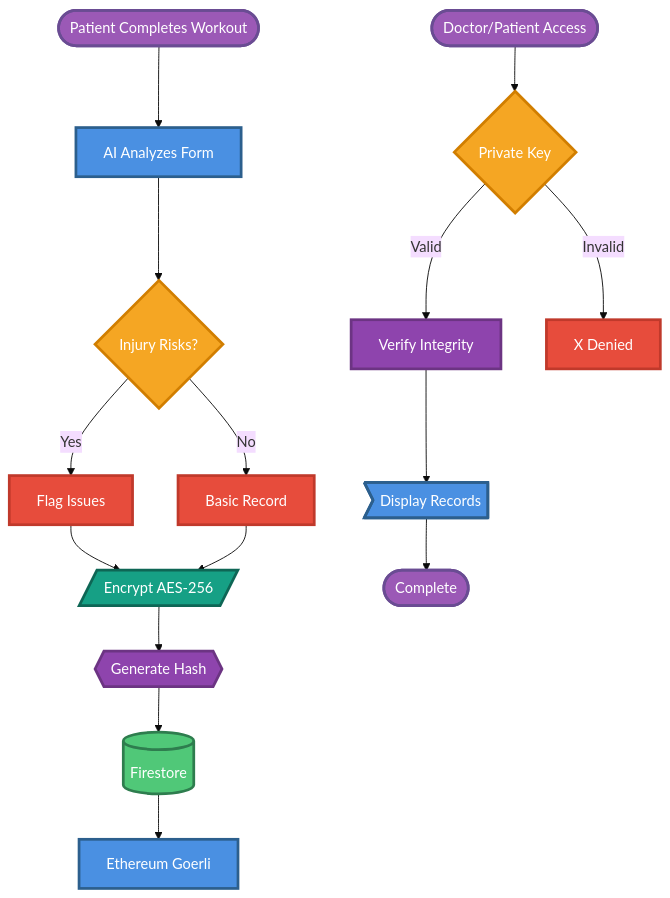
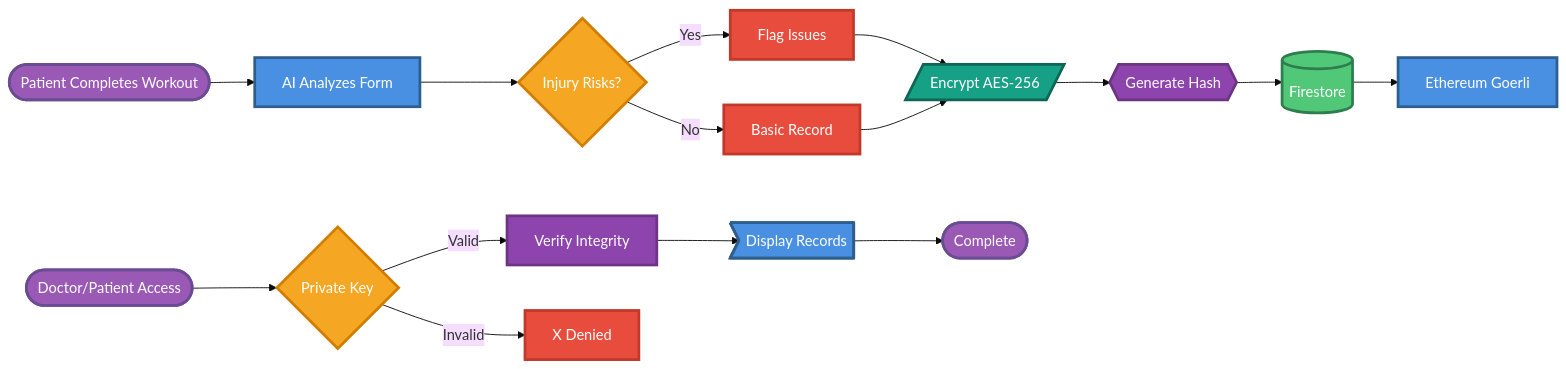
One commit to majidsafwaan2/gymguard changed the diagram in BLOCKCHAIN_FLOWCHART_WIDE.md. Above: the diagram before and after it, drawn with Mermaid (base theme).

Commit message:
Change to LR layout for wider, less vertical flowchart

````diff
--- a/BLOCKCHAIN_FLOWCHART_WIDE.md
+++ b/BLOCKCHAIN_FLOWCHART_WIDE.md
@@ -3,36 +3,36 @@
 ```mermaid
-flowchart TD
+flowchart LR
     Start([Patient Completes Workout]) --> AI[AI Analyzes Form]
     AI --> Risk{Injury Risks?}
     Risk -->|Yes| FlagRisks[Flag Issues]
     Risk -->|No| Basic[Basic Record]
     FlagRisks --> Encrypt[/Encrypt AES-256/]
     Basic --> Encrypt
     Encrypt --> Hash{{Generate Hash}}
     Hash --> Store[(Firestore)]
     Store --> BC[Ethereum Goerli]
     
     AccessStart([Doctor/Patient Access]) --> Auth{Private Key}
     Auth -->|Valid| Verify[Verify Integrity]
     Auth -->|Invalid| Deny[X Denied]
     Verify --> Display>Display Records]
     Display --> End([Complete])
     
     %% Styling with varied colors
     classDef main fill:#4A90E2,stroke:#2C5F8D,stroke-width:3px,color:#fff
     classDef decision fill:#F5A623,stroke:#D17E00,stroke-width:3px,color:#fff
     classDef store fill:#50C878,stroke:#2E7D4E,stroke-width:3px,color:#fff
     classDef start fill:#9B59B6,stroke:#6A4C93,stroke-width:3px,color:#fff
     classDef highlight fill:#E74C3C,stroke:#C0392B,stroke-width:3px,color:#fff
     classDef process fill:#16A085,stroke:#0E6655,stroke-width:3px,color:#fff
     classDef verify fill:#8E44AD,stroke:#6C3483,stroke-width:3px,color:#fff
     
     class AI,BC,Display main
     class Risk,Auth decision
     class Store store
     class Start,AccessStart,End start
     class FlagRisks,Basic highlight
     class Encrypt process
     class Hash,Verify verify
     class Deny highlight
 ```
````
